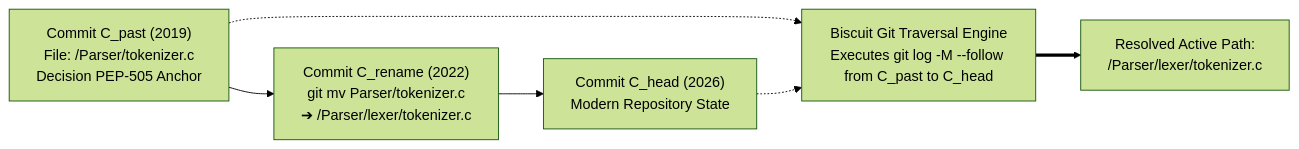
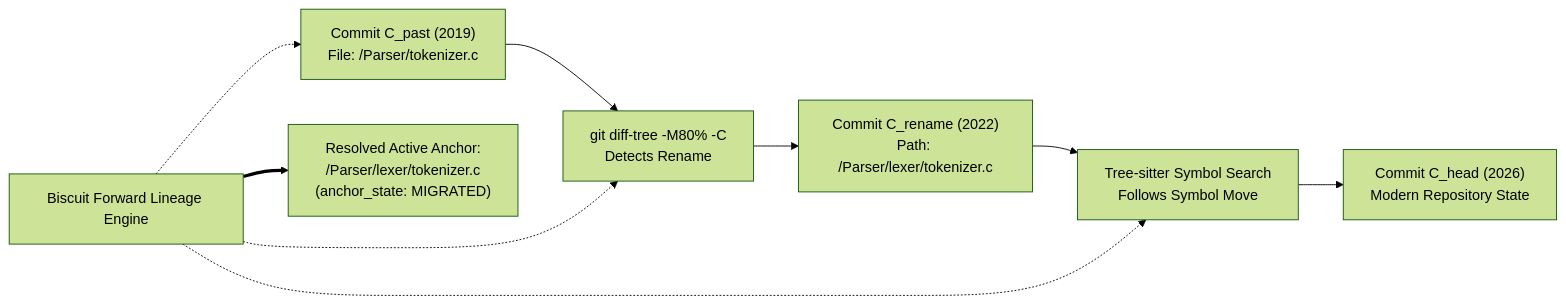
Before and after one commit to MRiARC/biscuit: the second of 2 diagrams in docs/CODE_GROUNDING_AND_AST.md, drawn with Mermaid (forest theme). The commit also changed other lines of this file and 3 other files, not shown here.

````diff
--- a/docs/CODE_GROUNDING_AND_AST.md
+++ b/docs/CODE_GROUNDING_AND_AST.md
@@ -98,11 +109,12 @@
 ```mermaid
 flowchart LR
-    C1["Commit C_past (2019)<br/>File: /Parser/tokenizer.c<br/>Decision PEP-505 Anchor"] --> C2["Commit C_rename (2022)<br/>git mv Parser/tokenizer.c<br/>➔ /Parser/lexer/tokenizer.c"]
-    C2 --> C3["Commit C_head (2026)<br/>Modern Repository State"]
+    C1["Commit C_past (2019)<br/>File: /Parser/tokenizer.c"] --> Diff1["git diff-tree -M80% -C<br/>Detects Rename"]
+    Diff1 --> C2["Commit C_rename (2022)<br/>Path: /Parser/lexer/tokenizer.c"]
+    C2 --> Diff2["Tree-sitter Symbol Search<br/>Follows Symbol Move"]
+    Diff2 --> C3["Commit C_head (2026)<br/>Modern Repository State"]
 
-    TraversalEngine["Biscuit Git Traversal Engine<br/>Executes git log -M --follow from C_past to C_head"]
-    
-    C1 -.-> TraversalEngine
-    C3 -.-> TraversalEngine
-    TraversalEngine ==> ModernPath["Resolved Active Path:<br/>/Parser/lexer/tokenizer.c"]
+    Traversal["Biscuit Forward Lineage Engine"] -.-> C1
+    Traversal -.-> Diff1
+    Traversal -.-> Diff2
+    Traversal ==> Modern["Resolved Active Anchor:<br/>/Parser/lexer/tokenizer.c<br/>(anchor_state: MIGRATED)"]
 ```
````
